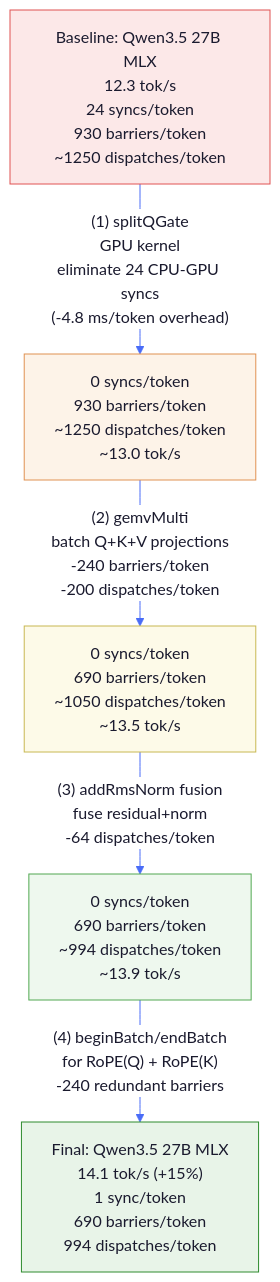
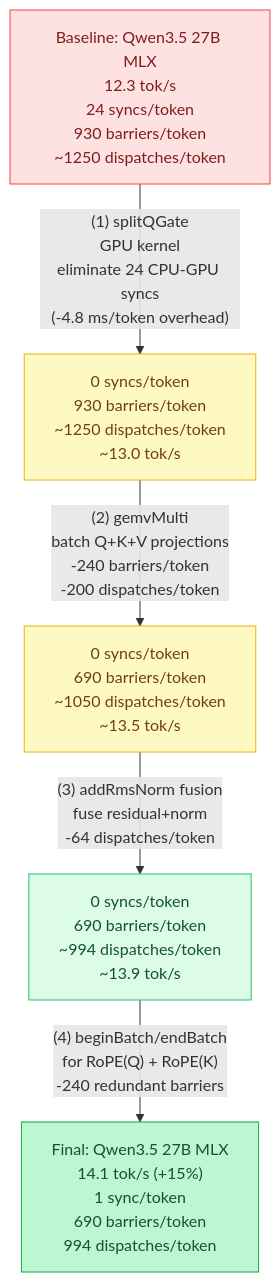
The eighth of 8 diagrams in docs/tutorial/13-batched-dispatch-and-fusion.md (maci0/agave), drawn with Mermaid before and after one commit. The commit also changed other lines of this file and 24 other files, not shown here.

First line of the commit message:
docs: convert all mermaid diagrams to classDef semantic colors

````diff
--- a/docs/tutorial/13-batched-dispatch-and-fusion.md
+++ b/docs/tutorial/13-batched-dispatch-and-fusion.md
@@ -918,40 +901,20 @@
 ```mermaid
-%%{init: {'theme': 'base', 'themeVariables': {
-  'primaryColor': '#e8f0fe',
-  'primaryTextColor': '#1a1a2e',
-  'primaryBorderColor': '#4a6cf7',
-  'lineColor': '#4a6cf7',
-  'secondaryColor': '#f0f4ff',
-  'tertiaryColor': '#f8f9ff',
-  'edgeLabelBackground': '#ffffff',
-  'clusterBkg': '#f0f4ff',
-  'clusterBorder': '#4a6cf7',
-  'titleColor': '#1a1a2e',
-  'nodeTextColor': '#1a1a2e',
-  'fontFamily': 'ui-monospace, SFMono-Regular, monospace'
-}}}%%
 flowchart TD
-    Start["Baseline: Qwen3.5 27B MLX\n12.3 tok/s\n24 syncs/token\n930 barriers/token\n~1250 dispatches/token"]
+    classDef setup     fill:#dbeafe,stroke:#3b82f6,color:#1e3a5f
+    classDef sync      fill:#dcfce7,stroke:#22c55e,color:#14532d
+    classDef migration fill:#fef9c3,stroke:#eab308,color:#713f12
+    classDef success   fill:#bbf7d0,stroke:#16a34a,color:#14532d
+    classDef danger    fill:#fee2e2,stroke:#ef4444,color:#7f1d1d
+    classDef optional  fill:#f3e8ff,stroke:#9333ea,color:#581c87
+
+    Start["Baseline: Qwen3.5 27B MLX\n12.3 tok/s\n24 syncs/token\n930 barriers/token\n~1250 dispatches/token"]:::danger
+    Step1["0 syncs/token\n930 barriers/token\n~1250 dispatches/token\n~13.0 tok/s"]:::migration
+    Step2["0 syncs/token\n690 barriers/token\n~1050 dispatches/token\n~13.5 tok/s"]:::migration
+    Step3["0 syncs/token\n690 barriers/token\n~994 dispatches/token\n~13.9 tok/s"]:::sync
+    Final["Final: Qwen3.5 27B MLX\n14.1 tok/s (+15%)\n1 sync/token\n690 barriers/token\n994 dispatches/token"]:::success
 
     Start -->|"(1) splitQGate\nGPU kernel\neliminate 24 CPU-GPU syncs\n(-4.8 ms/token overhead)"| Step1
-
-    Step1["0 syncs/token\n930 barriers/token\n~1250 dispatches/token\n~13.0 tok/s"]
-
     Step1 -->|"(2) gemvMulti\nbatch Q+K+V projections\n-240 barriers/token\n-200 dispatches/token"| Step2
-
-    Step2["0 syncs/token\n690 barriers/token\n~1050 dispatches/token\n~13.5 tok/s"]
-
     Step2 -->|"(3) addRmsNorm fusion\nfuse residual+norm\n-64 dispatches/token"| Step3
-
-    Step3["0 syncs/token\n690 barriers/token\n~994 dispatches/token\n~13.9 tok/s"]
-
     Step3 -->|"(4) beginBatch/endBatch\nfor RoPE(Q) + RoPE(K)\n-240 redundant barriers"| Final
-
-    Final["Final: Qwen3.5 27B MLX\n14.1 tok/s (+15%)\n1 sync/token\n690 barriers/token\n994 dispatches/token"]
-
-    style Start fill:#fce8e8,stroke:#e05252
-    style Step1 fill:#fdf3e8,stroke:#e09252
-    style Step2 fill:#fdfae8,stroke:#c8b852
-    style Step3 fill:#eef8ee,stroke:#52a852
-    style Final fill:#e8f4e8,stroke:#2e8b2e
 ```
````
